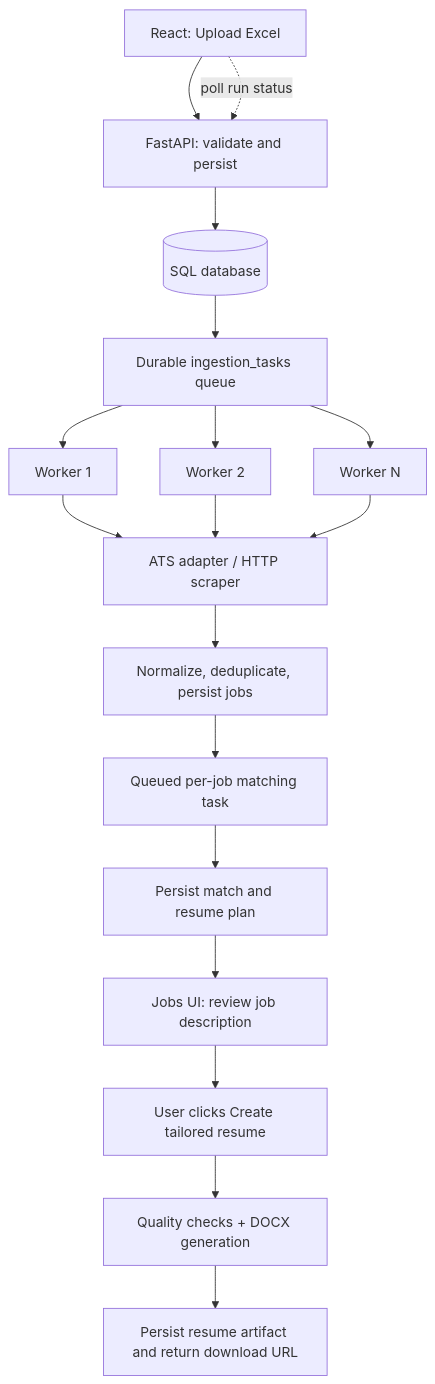
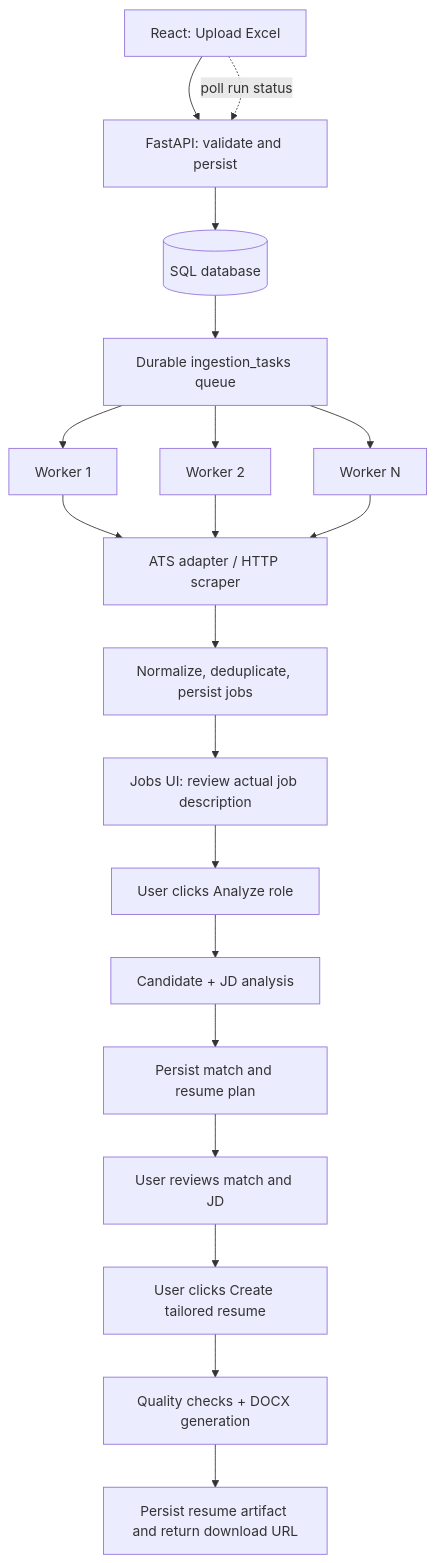
Before and after one commit to Adi-Deshmukh/Carrershunt: the diagram in docs/ASYNC_INGESTION_DESIGN.md, drawn with Mermaid. The commit also changed other lines of this file, not shown here.

Commit message:
docs: align ingestion design with real crawling and account-scoped analysis

````diff
--- a/docs/ASYNC_INGESTION_DESIGN.md
+++ b/docs/ASYNC_INGESTION_DESIGN.md
@@ -13,20 +13,22 @@
 ```mermaid
 flowchart TD
     UI[React: Upload Excel] --> API[FastAPI: validate and persist]
     API --> DB[(SQL database)]
     DB --> Q[Durable ingestion_tasks queue]
     Q --> W1[Worker 1]
     Q --> W2[Worker 2]
     Q --> WN[Worker N]
     W1 --> SCRAPE[ATS adapter / HTTP scraper]
     W2 --> SCRAPE
     WN --> SCRAPE
     SCRAPE --> JOBS[Normalize, deduplicate, persist jobs]
-    JOBS --> PIPE[Queued per-job matching task]
+    JOBS --> UI2[Jobs UI: review actual job description]
+    UI2 --> ANALYZE[User clicks Analyze role]
+    ANALYZE --> PIPE[Candidate + JD analysis]
     PIPE --> RESULT[Persist match and resume plan]
-    RESULT --> UI2[Jobs UI: review job description]
-    UI2 --> CLICK[User clicks Create tailored resume]
+    RESULT --> REVIEW[User reviews match and JD]
+    REVIEW --> CLICK[User clicks Create tailored resume]
     CLICK --> DOCX[Quality checks + DOCX generation]
     DOCX --> FILE[Persist resume artifact and return download URL]
     UI -. poll run status .-> API
 ```
````
